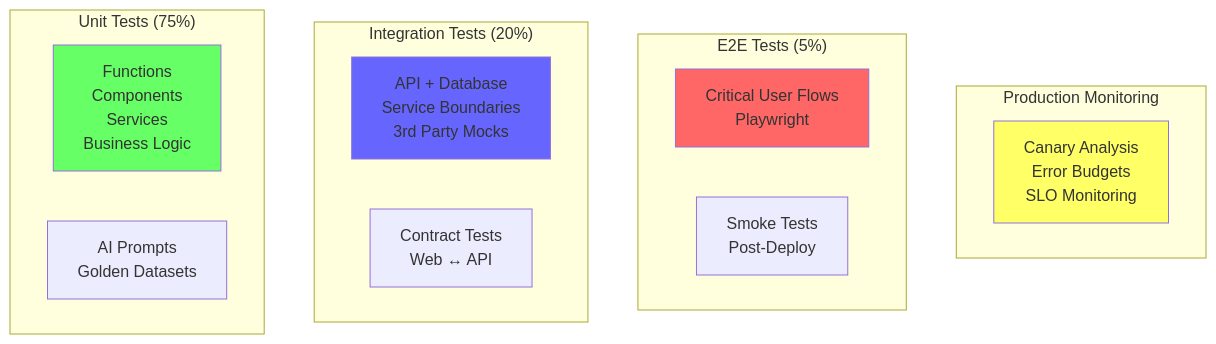
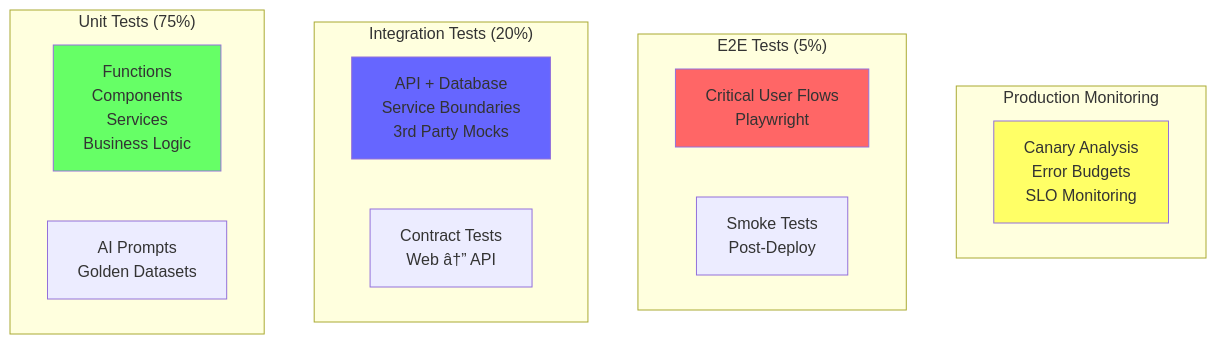
The diagram in Docs/Testing/Testing-Strategy.md (Driftloom/Vaeloom), drawn with Mermaid before and after one commit. The commit also changed other lines of this file and 249 other files, not shown here.

````diff
--- a/Docs/Testing/Testing-Strategy.md
+++ b/Docs/Testing/Testing-Strategy.md
@@ -19,26 +19,26 @@
 ```mermaid
 graph TB
     subgraph "Production Monitoring"
         PM[Canary Analysis<br/>Error Budgets<br/>SLO Monitoring]
     end
     
     subgraph "E2E Tests (5%)"
         E2E[Critical User Flows<br/>Playwright]
         Smoke[Smoke Tests<br/>Post-Deploy]
     end
     
     subgraph "Integration Tests (20%)"
         IT[API + Database<br/>Service Boundaries<br/>3rd Party Mocks]
-        CT[Contract Tests<br/>Web ↔ API]
+        CT[Contract Tests<br/>Web â†” API]
     end
     
     subgraph "Unit Tests (75%)"
         UT[Functions<br/>Components<br/>Services<br/>Business Logic]
         PT[AI Prompts<br/>Golden Datasets]
     end
     
     style PM fill:#ff6
     style E2E fill:#f66
     style IT fill:#66f
     style UT fill:#6f6
 ```
````
